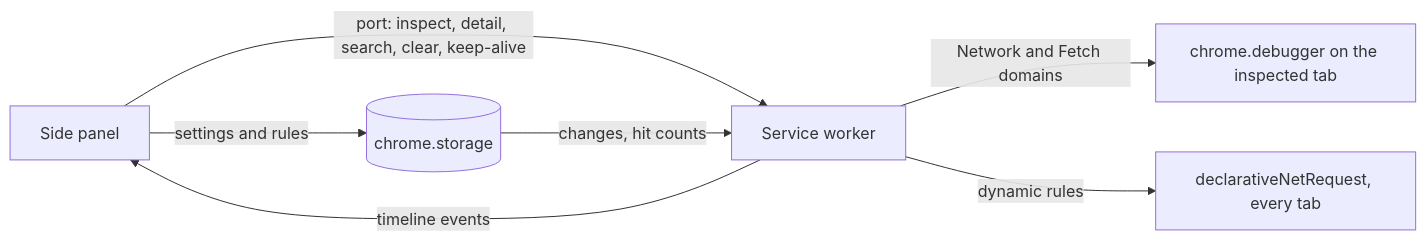
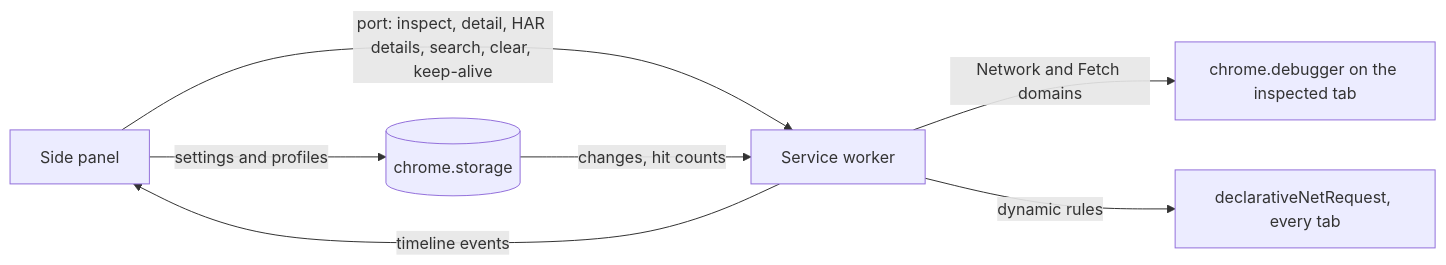
Before and after one commit to efthymios-ks/rewire-chrome-extension: the diagram in docs/Overview.md, drawn with Mermaid. The commit also changed other lines of this file and 158 other files, not shown here.

Commit message:
Add profiles, variables, HAR export, inspector tabs, JWT key-value view

````diff
--- a/docs/Overview.md
+++ b/docs/Overview.md
@@ -12,9 +12,9 @@
 ```mermaid
 flowchart LR
-    panel["Side panel"] -- "port: inspect, detail, search, clear, keep-alive" --> worker["Service worker"]
+    panel["Side panel"] -- "port: inspect, detail, HAR details, search, clear, keep-alive" --> worker["Service worker"]
     worker -- "timeline events" --> panel
-    panel -- "settings and rules" --> storage[("chrome.storage")]
+    panel -- "settings and profiles" --> storage[("chrome.storage")]
     storage -- "changes, hit counts" --> worker
     worker -- "Network and Fetch domains" --> debugger["chrome.debugger on the inspected tab"]
     worker -- "dynamic rules" --> dnr["declarativeNetRequest, every tab"]
 ```
````
